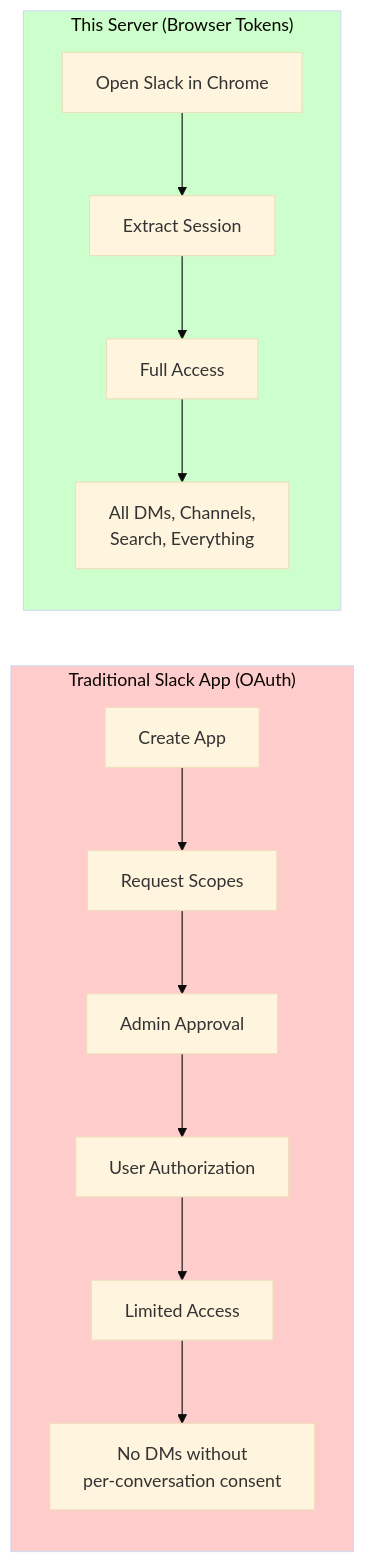
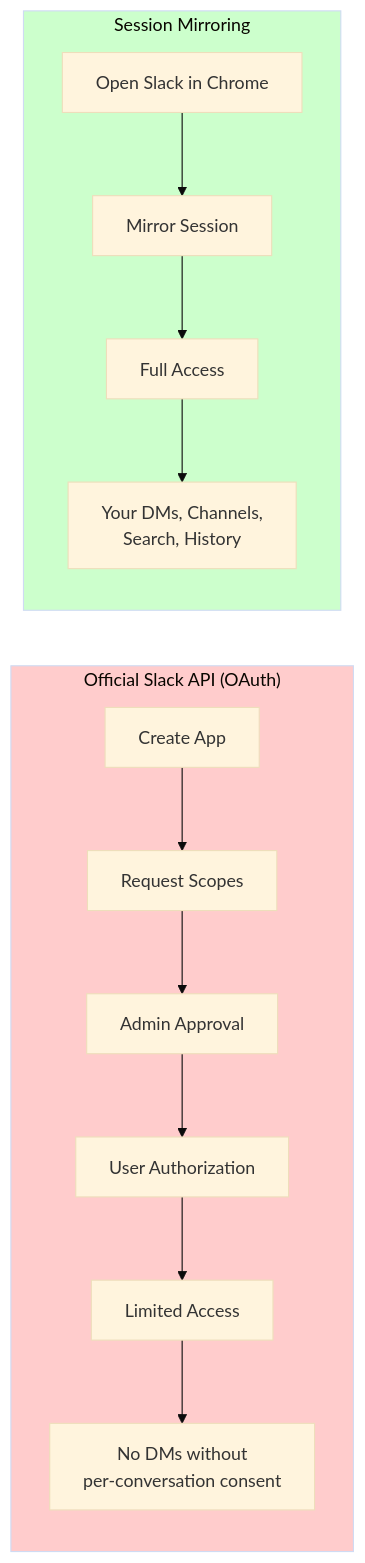
Before and after one commit to jtalk22/slack-mcp-server: the second of 2 diagrams in README.md, drawn with Mermaid (base theme). The commit also changed other lines of this file, not shown here.

````diff
--- a/README.md
+++ b/README.md
@@ -57,19 +65,19 @@
 ```mermaid
 flowchart LR
-    subgraph Traditional["Traditional Slack App (OAuth)"]
+    subgraph Traditional["Official Slack API (OAuth)"]
         A[Create App] --> B[Request Scopes]
         B --> C[Admin Approval]
         C --> D[User Authorization]
         D --> E[Limited Access]
         E --> F["No DMs without<br/>per-conversation consent"]
     end
 
-    subgraph ThisServer["This Server (Browser Tokens)"]
-        G[Open Slack in Chrome] --> H[Extract Session]
+    subgraph ThisServer["Session Mirroring"]
+        G[Open Slack in Chrome] --> H[Mirror Session]
         H --> I[Full Access]
-        I --> J["All DMs, Channels,<br/>Search, Everything"]
+        I --> J["Your DMs, Channels,<br/>Search, History"]
     end
 
     style Traditional fill:#ffcccc
     style ThisServer fill:#ccffcc
 ```
````
